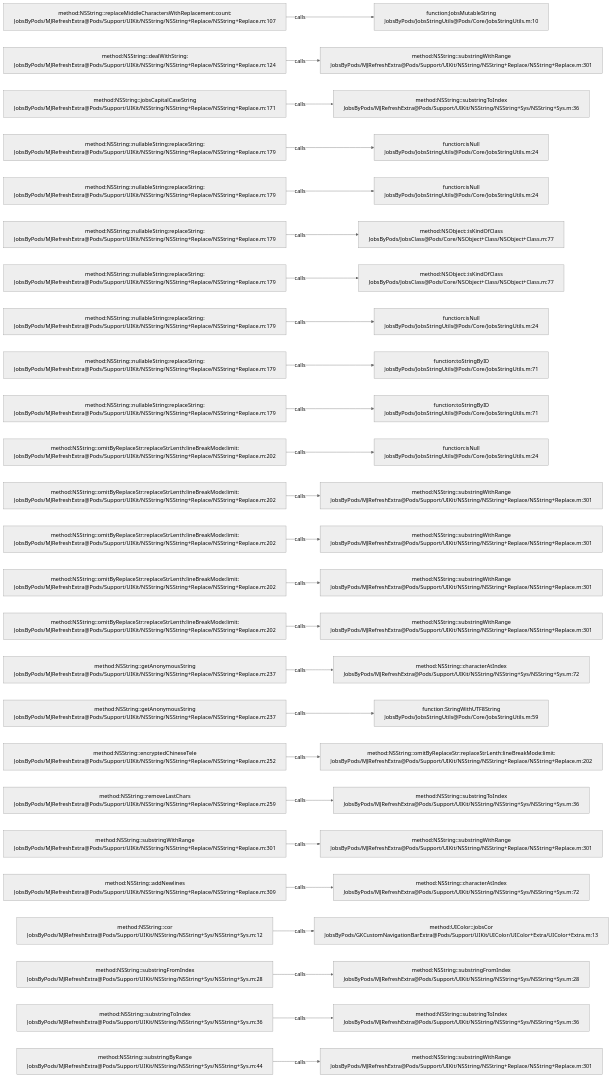
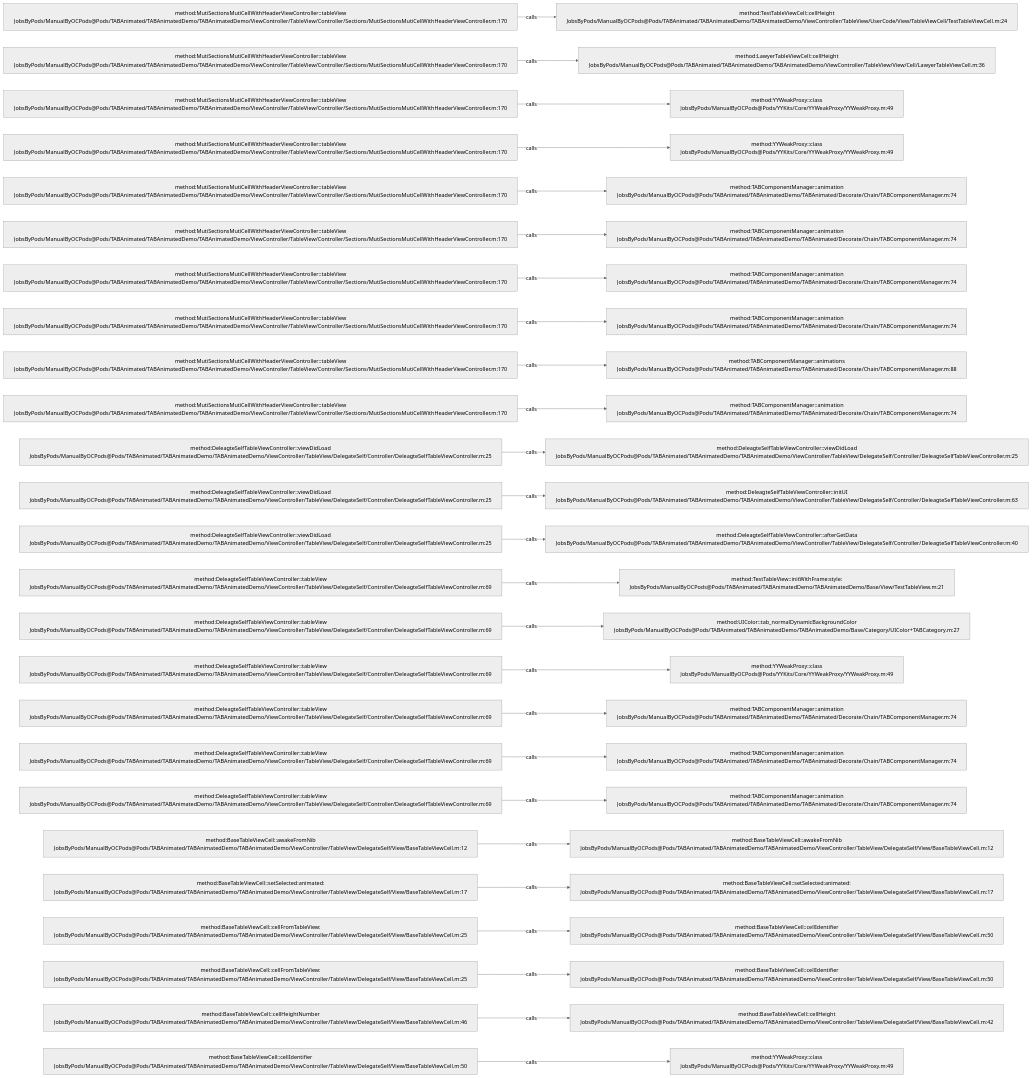
Before and after one commit to JobsKits/JobsOCBaseConfigDemo: the diagram in .codegraph/codegraph.md/graphs/calls-169.md, drawn with Mermaid (neutral theme). The commit also changed 573 other files, not shown here.

````diff
--- a/.codegraph/codegraph.md/graphs/calls-169.md
+++ b/.codegraph/codegraph.md/graphs/calls-169.md
@@ -13,78 +13,78 @@
 ```mermaid
 flowchart LR
-  S1["method:NSString::replaceMiddleCharactersWithReplacement:count:<br/>JobsByPods/MJRefreshExtra@Pods/Support/UIKit/NSString/NSString+Replace/NSString+Replace.m:107"]
-  T1["function:JobsMutableString<br/>JobsByPods/JobsStringUtils@Pods/Core/JobsStringUtils.m:10"]
+  S1["method:MutiSectionsMutiCellWithHeaderViewController::tableView<br/>JobsByPods/ManualByOCPods@Pods/TABAnimated/TABAnimatedDemo/TABAnimatedDemo/ViewController/TableView/Controller/Sections/MutiSectionsMutiCellWithHeaderViewController.m:170"]
+  T1["method:TestTableViewCell::cellHeight<br/>JobsByPods/ManualByOCPods@Pods/TABAnimated/TABAnimatedDemo/TABAnimatedDemo/ViewController/TableView/UserCode/View/TableViewCell/TestTableViewCell.m:24"]
   S1 -->|calls| T1
-  S2["method:NSString::dealWithString:<br/>JobsByPods/MJRefreshExtra@Pods/Support/UIKit/NSString/NSString+Replace/NSString+Replace.m:124"]
-  T2["method:NSString::substringWithRange<br/>JobsByPods/MJRefreshExtra@Pods/Support/UIKit/NSString/NSString+Replace/NSString+Replace.m:301"]
+  S2["method:MutiSectionsMutiCellWithHeaderViewController::tableView<br/>JobsByPods/ManualByOCPods@Pods/TABAnimated/TABAnimatedDemo/TABAnimatedDemo/ViewController/TableView/Controller/Sections/MutiSectionsMutiCellWithHeaderViewController.m:170"]
+  T2["method:LawyerTableViewCell::cellHeight<br/>JobsByPods/ManualByOCPods@Pods/TABAnimated/TABAnimatedDemo/TABAnimatedDemo/ViewController/TableView/View/Cell/LawyerTableViewCell.m:36"]
   S2 -->|calls| T2
-  S3["method:NSString::jobsCapitalCaseString<br/>JobsByPods/MJRefreshExtra@Pods/Support/UIKit/NSString/NSString+Replace/NSString+Replace.m:171"]
-  T3["method:NSString::substringToIndex<br/>JobsByPods/MJRefreshExtra@Pods/Support/UIKit/NSString/NSString+Sys/NSString+Sys.m:36"]
+  S3["method:MutiSectionsMutiCellWithHeaderViewController::tableView<br/>JobsByPods/ManualByOCPods@Pods/TABAnimated/TABAnimatedDemo/TABAnimatedDemo/ViewController/TableView/Controller/Sections/MutiSectionsMutiCellWithHeaderViewController.m:170"]
+  T3["method:YYWeakProxy::class<br/>JobsByPods/ManualByOCPods@Pods/YYKits/Core/YYWeakProxy/YYWeakProxy.m:49"]
   S3 -->|calls| T3
-  S4["method:NSString::nullableString:replaceString:<br/>JobsByPods/MJRefreshExtra@Pods/Support/UIKit/NSString/NSString+Replace/NSString+Replace.m:179"]
-  T4["function:isNull<br/>JobsByPods/JobsStringUtils@Pods/Core/JobsStringUtils.m:24"]
+  S4["method:MutiSectionsMutiCellWithHeaderViewController::tableView<br/>JobsByPods/ManualByOCPods@Pods/TABAnimated/TABAnimatedDemo/TABAnimatedDemo/ViewController/TableView/Controller/Sections/MutiSectionsMutiCellWithHeaderViewController.m:170"]
+  T4["method:YYWeakProxy::class<br/>JobsByPods/ManualByOCPods@Pods/YYKits/Core/YYWeakProxy/YYWeakProxy.m:49"]
   S4 -->|calls| T4
-  S5["method:NSString::nullableString:replaceString:<br/>JobsByPods/MJRefreshExtra@Pods/Support/UIKit/NSString/NSString+Replace/NSString+Replace.m:179"]
-  T5["function:isNull<br/>JobsByPods/JobsStringUtils@Pods/Core/JobsStringUtils.m:24"]
+  S5["method:MutiSectionsMutiCellWithHeaderViewController::tableView<br/>JobsByPods/ManualByOCPods@Pods/TABAnimated/TABAnimatedDemo/TABAnimatedDemo/ViewController/TableView/Controller/Sections/MutiSectionsMutiCellWithHeaderViewController.m:170"]
+  T5["method:TABComponentManager::animation<br/>JobsByPods/ManualByOCPods@Pods/TABAnimated/TABAnimatedDemo/TABAnimated/Decorate/Chain/TABComponentManager.m:74"]
   S5 -->|calls| T5
-  S6["method:NSString::nullableString:replaceString:<br/>JobsByPods/MJRefreshExtra@Pods/Support/UIKit/NSString/NSString+Replace/NSString+Replace.m:179"]
-  T6["method:NSObject::isKindOfClass<br/>JobsByPods/JobsClass@Pods/Core/NSObject+Class/NSObject+Class.m:77"]
+  S6["method:MutiSectionsMutiCellWithHeaderViewController::tableView<br/>JobsByPods/ManualByOCPods@Pods/TABAnimated/TABAnimatedDemo/TABAnimatedDemo/ViewController/TableView/Controller/Sections/MutiSectionsMutiCellWithHeaderViewController.m:170"]
+  T6["method:TABComponentManager::animation<br/>JobsByPods/ManualByOCPods@Pods/TABAnimated/TABAnimatedDemo/TABAnimated/Decorate/Chain/TABComponentManager.m:74"]
   S6 -->|calls| T6
-  S7["method:NSString::nullableString:replaceString:<br/>JobsByPods/MJRefreshExtra@Pods/Support/UIKit/NSString/NSString+Replace/NSString+Replace.m:179"]
-  T7["method:NSObject::isKindOfClass<br/>JobsByPods/JobsClass@Pods/Core/NSObject+Class/NSObject+Class.m:77"]
+  S7["method:MutiSectionsMutiCellWithHeaderViewController::tableView<br/>JobsByPods/ManualByOCPods@Pods/TABAnimated/TABAnimatedDemo/TABAnimatedDemo/ViewController/TableView/Controller/Sections/MutiSectionsMutiCellWithHeaderViewController.m:170"]
+  T7["method:TABComponentManager::animation<br/>JobsByPods/ManualByOCPods@Pods/TABAnimated/TABAnimatedDemo/TABAnimated/Decorate/Chain/TABComponentManager.m:74"]
   S7 -->|calls| T7
-  S8["method:NSString::nullableString:replaceString:<br/>JobsByPods/MJRefreshExtra@Pods/Support/UIKit/NSString/NSString+Replace/NSString+Replace.m:179"]
-  T8["function:isNull<br/>JobsByPods/JobsStringUtils@Pods/Core/JobsStringUtils.m:24"]
+  S8["method:MutiSectionsMutiCellWithHeaderViewController::tableView<br/>JobsByPods/ManualByOCPods@Pods/TABAnimated/TABAnimatedDemo/TABAnimatedDemo/ViewController/TableView/Controller/Sections/MutiSectionsMutiCellWithHeaderViewController.m:170"]
+  T8["method:TABComponentManager::animation<br/>JobsByPods/ManualByOCPods@Pods/TABAnimated/TABAnimatedDemo/TABAnimated/Decorate/Chain/TABComponentManager.m:74"]
   S8 -->|calls| T8
-  S9["method:NSString::nullableString:replaceString:<br/>JobsByPods/MJRefreshExtra@Pods/Support/UIKit/NSString/NSString+Replace/NSString+Replace.m:179"]
-  T9["function:toStringByID<br/>JobsByPods/JobsStringUtils@Pods/Core/JobsStringUtils.m:71"]
+  S9["method:MutiSectionsMutiCellWithHeaderViewController::tableView<br/>JobsByPods/ManualByOCPods@Pods/TABAnimated/TABAnimatedDemo/TABAnimatedDemo/ViewController/TableView/Controller/Sections/MutiSectionsMutiCellWithHeaderViewController.m:170"]
+  T9["method:TABComponentManager::animations<br/>JobsByPods/ManualByOCPods@Pods/TABAnimated/TABAnimatedDemo/TABAnimated/Decorate/Chain/TABComponentManager.m:88"]
   S9 -->|calls| T9
-  S10["method:NSString::nullableString:replaceString:<br/>JobsByPods/MJRefreshExtra@Pods/Support/UIKit/NSString/NSString+Replace/NSString+Replace.m:179"]
-  T10["function:toStringByID<br/>JobsByPods/JobsStringUtils@Pods/Core/JobsStringUtils.m:71"]
+  S10["method:MutiSectionsMutiCellWithHeaderViewController::tableView<br/>JobsByPods/ManualByOCPods@Pods/TABAnimated/TABAnimatedDemo/TABAnimatedDemo/ViewController/TableView/Controller/Sections/MutiSectionsMutiCellWithHeaderViewController.m:170"]
+  T10["method:TABComponentManager::animation<br/>JobsByPods/ManualByOCPods@Pods/TABAnimated/TABAnimatedDemo/TABAnimated/Decorate/Chain/TABComponentManager.m:74"]
   S10 -->|calls| T10
-  S11["method:NSString::omitByReplaceStr:replaceStrLenth:lineBreakMode:limit:<br/>JobsByPods/MJRefreshExtra@Pods/Support/UIKit/NSString/NSString+Replace/NSString+Replace.m:202"]
-  T11["function:isNull<br/>JobsByPods/JobsStringUtils@Pods/Core/JobsStringUtils.m:24"]
+  S11["method:DeleagteSelfTableViewController::viewDidLoad<br/>JobsByPods/ManualByOCPods@Pods/TABAnimated/TABAnimatedDemo/TABAnimatedDemo/ViewController/TableView/DelegateSelf/Controller/DeleagteSelfTableViewController.m:25"]
+  T11["method:DeleagteSelfTableViewController::viewDidLoad<br/>JobsByPods/ManualByOCPods@Pods/TABAnimated/TABAnimatedDemo/TABAnimatedDemo/ViewController/TableView/DelegateSelf/Controller/DeleagteSelfTableViewController.m:25"]
   S11 -->|calls| T11
-  S12["method:NSString::omitByReplaceStr:replaceStrLenth:lineBreakMode:limit:<br/>JobsByPods/MJRefreshExtra@Pods/Support/UIKit/NSString/NSString+Replace/NSString+Replace.m:202"]
-  T12["method:NSString::substringWithRange<br/>JobsByPods/MJRefreshExtra@Pods/Support/UIKit/NSString/NSString+Replace/NSString+Replace.m:301"]
+  S12["method:DeleagteSelfTableViewController::viewDidLoad<br/>JobsByPods/ManualByOCPods@Pods/TABAnimated/TABAnimatedDemo/TABAnimatedDemo/ViewController/TableView/DelegateSelf/Controller/DeleagteSelfTableViewController.m:25"]
+  T12["method:DeleagteSelfTableViewController::initUI<br/>JobsByPods/ManualByOCPods@Pods/TABAnimated/TABAnimatedDemo/TABAnimatedDemo/ViewController/TableView/DelegateSelf/Controller/DeleagteSelfTableViewController.m:63"]
   S12 -->|calls| T12
-  S13["method:NSString::omitByReplaceStr:replaceStrLenth:lineBreakMode:limit:<br/>JobsByPods/MJRefreshExtra@Pods/Support/UIKit/NSString/NSString+Replace/NSString+Replace.m:202"]
-  T13["method:NSString::substringWithRange<br/>JobsByPods/MJRefreshExtra@Pods/Support/UIKit/NSString/NSString+Replace/NSString+Replace.m:301"]
+  S13["method:DeleagteSelfTableViewController::viewDidLoad<br/>JobsByPods/ManualByOCPods@Pods/TABAnimated/TABAnimatedDemo/TABAnimatedDemo/ViewController/TableView/DelegateSelf/Controller/DeleagteSelfTableViewController.m:25"]
+  T13["method:DeleagteSelfTableViewController::afterGetData<br/>JobsByPods/ManualByOCPods@Pods/TABAnimated/TABAnimatedDemo/TABAnimatedDemo/ViewController/TableView/DelegateSelf/Controller/DeleagteSelfTableViewController.m:40"]
   S13 -->|calls| T13
-  S14["method:NSString::omitByReplaceStr:replaceStrLenth:lineBreakMode:limit:<br/>JobsByPods/MJRefreshExtra@Pods/Support/UIKit/NSString/NSString+Replace/NSString+Replace.m:202"]
-  T14["method:NSString::substringWithRange<br/>JobsByPods/MJRefreshExtra@Pods/Support/UIKit/NSString/NSString+Replace/NSString+Replace.m:301"]
+  S14["method:DeleagteSelfTableViewController::tableView<br/>JobsByPods/ManualByOCPods@Pods/TABAnimated/TABAnimatedDemo/TABAnimatedDemo/ViewController/TableView/DelegateSelf/Controller/DeleagteSelfTableViewController.m:69"]
+  T14["method:TestTableView::initWithFrame:style:<br/>JobsByPods/ManualByOCPods@Pods/TABAnimated/TABAnimatedDemo/TABAnimatedDemo/Base/View/TestTableView.m:21"]
   S14 -->|calls| T14
-  S15["method:NSString::omitByReplaceStr:replaceStrLenth:lineBreakMode:limit:<br/>JobsByPods/MJRefreshExtra@Pods/Support/UIKit/NSString/NSString+Replace/NSString+Replace.m:202"]
-  T15["method:NSString::substringWithRange<br/>JobsByPods/MJRefreshExtra@Pods/Support/UIKit/NSString/NSString+Replace/NSString+Replace.m:301"]
+  S15["method:DeleagteSelfTableViewController::tableView<br/>JobsByPods/ManualByOCPods@Pods/TABAnimated/TABAnimatedDemo/TABAnimatedDemo/ViewController/TableView/DelegateSelf/Controller/DeleagteSelfTableViewController.m:69"]
+  T15["method:UIColor::tab_normalDynamicBackgroundColor<br/>JobsByPods/ManualByOCPods@Pods/TABAnimated/TABAnimatedDemo/TABAnimatedDemo/Base/Category/UIColor+TABCategory.m:27"]
   S15 -->|calls| T15
-  S16["method:NSString::getAnonymousString<br/>JobsByPods/MJRefreshExtra@Pods/Support/UIKit/NSString/NSString+Replace/NSString+Replace.m:237"]
-  T16["method:NSString::characterAtIndex<br/>JobsByPods/MJRefreshExtra@Pods/Support/UIKit/NSString/NSString+Sys/NSString+Sys.m:72"]
+  S16["method:DeleagteSelfTableViewController::tableView<br/>JobsByPods/ManualByOCPods@Pods/TABAnimated/TABAnimatedDemo/TABAnimatedDemo/ViewController/TableView/DelegateSelf/Controller/DeleagteSelfTableViewController.m:69"]
+  T16["method:YYWeakProxy::class<br/>JobsByPods/ManualByOCPods@Pods/YYKits/Core/YYWeakProxy/YYWeakProxy.m:49"]
   S16 -->|calls| T16
-  S17["method:NSString::getAnonymousString<br/>JobsByPods/MJRefreshExtra@Pods/Support/UIKit/NSString/NSString+Replace/NSString+Replace.m:237"]
-  T17["function:StringWithUTF8String<br/>JobsByPods/JobsStringUtils@Pods/Core/JobsStringUtils.m:59"]
+  S17["method:DeleagteSelfTableViewController::tableView<br/>JobsByPods/ManualByOCPods@Pods/TABAnimated/TABAnimatedDemo/TABAnimatedDemo/ViewController/TableView/DelegateSelf/Controller/DeleagteSelfTableViewController.m:69"]
+  T17["method:TABComponentManager::animation<br/>JobsByPods/ManualByOCPods@Pods/TABAnimated/TABAnimatedDemo/TABAnimated/Decorate/Chain/TABComponentManager.m:74"]
   S17 -->|calls| T17
-  S18["method:NSString::encryptedChineseTele<br/>JobsByPods/MJRefreshExtra@Pods/Support/UIKit/NSString/NSString+Replace/NSString+Replace.m:252"]
-  T18["method:NSString::omitByReplaceStr:replaceStrLenth:lineBreakMode:limit:<br/>JobsByPods/MJRefreshExtra@Pods/Support/UIKit/NSString/NSString+Replace/NSString+Replace.m:202"]
+  S18["method:DeleagteSelfTableViewController::tableView<br/>JobsByPods/ManualByOCPods@Pods/TABAnimated/TABAnimatedDemo/TABAnimatedDemo/ViewController/TableView/DelegateSelf/Controller/DeleagteSelfTableViewController.m:69"]
+  T18["method:TABComponentManager::animation<br/>JobsByPods/ManualByOCPods@Pods/TABAnimated/TABAnimatedDemo/TABAnimated/Decorate/Chain/TABComponentManager.m:74"]
   S18 -->|calls| T18
-  S19["method:NSString::removeLastChars<br/>JobsByPods/MJRefreshExtra@Pods/Support/UIKit/NSString/NSString+Replace/NSString+Replace.m:259"]
-  T19["method:NSString::substringToIndex<br/>JobsByPods/MJRefreshExtra@Pods/Support/UIKit/NSString/NSString+Sys/NSString+Sys.m:36"]
+  S19["method:DeleagteSelfTableViewController::tableView<br/>JobsByPods/ManualByOCPods@Pods/TABAnimated/TABAnimatedDemo/TABAnimatedDemo/ViewController/TableView/DelegateSelf/Controller/DeleagteSelfTableViewController.m:69"]
+  T19["method:TABComponentManager::animation<br/>JobsByPods/ManualByOCPods@Pods/TABAnimated/TABAnimatedDemo/TABAnimated/Decorate/Chain/TABComponentManager.m:74"]
   S19 -->|calls| T19
-  S20["method:NSString::substringWithRange<br/>JobsByPods/MJRefreshExtra@Pods/Support/UIKit/NSString/NSString+Replace/NSString+Replace.m:301"]
-  T20["method:NSString::substringWithRange<br/>JobsByPods/MJRefreshExtra@Pods/Support/UIKit/NSString/NSString+Replace/NSString+Replace.m:301"]
+  S20["method:BaseTableViewCell::awakeFromNib<br/>JobsByPods/ManualByOCPods@Pods/TABAnimated/TABAnimatedDemo/TABAnimatedDemo/ViewController/TableView/DelegateSelf/View/BaseTableViewCell.m:12"]
+  T20["method:BaseTableViewCell::awakeFromNib<br/>JobsByPods/ManualByOCPods@Pods/TABAnimated/TABAnimatedDemo/TABAnimatedDemo/ViewController/TableView/DelegateSelf/View/BaseTableViewCell.m:12"]
   S20 -->|calls| T20
-  S21["method:NSString::addNewlines<br/>JobsByPods/MJRefreshExtra@Pods/Support/UIKit/NSString/NSString+Replace/NSString+Replace.m:309"]
-  T21["method:NSString::characterAtIndex<br/>JobsByPods/MJRefreshExtra@Pods/Support/UIKit/NSString/NSString+Sys/NSString+Sys.m:72"]
+  S21["method:BaseTableViewCell::setSelected:animated:<br/>JobsByPods/ManualByOCPods@Pods/TABAnimated/TABAnimatedDemo/TABAnimatedDemo/ViewController/TableView/DelegateSelf/View/BaseTableViewCell.m:17"]
+  T21["method:BaseTableViewCell::setSelected:animated:<br/>JobsByPods/ManualByOCPods@Pods/TABAnimated/TABAnimatedDemo/TABAnimatedDemo/ViewController/TableView/DelegateSelf/View/BaseTableViewCell.m:17"]
   S21 -->|calls| T21
-  S22["method:NSString::cor<br/>JobsByPods/MJRefreshExtra@Pods/Support/UIKit/NSString/NSString+Sys/NSString+Sys.m:12"]
-  T22["method:UIColor::jobsCor<br/>JobsByPods/GKCustomNavigationBarExtra@Pods/Support/UIKit/UIColor/UIColor+Extra/UIColor+Extra.m:13"]
+  S22["method:BaseTableViewCell::cellFromTableView:<br/>JobsByPods/ManualByOCPods@Pods/TABAnimated/TABAnimatedDemo/TABAnimatedDemo/ViewController/TableView/DelegateSelf/View/BaseTableViewCell.m:25"]
+  T22["method:BaseTableViewCell::cellIdentifier<br/>JobsByPods/ManualByOCPods@Pods/TABAnimated/TABAnimatedDemo/TABAnimatedDemo/ViewController/TableView/DelegateSelf/View/BaseTableViewCell.m:50"]
   S22 -->|calls| T22
-  S23["method:NSString::substringFromIndex<br/>JobsByPods/MJRefreshExtra@Pods/Support/UIKit/NSString/NSString+Sys/NSString+Sys.m:28"]
-  T23["method:NSString::substringFromIndex<br/>JobsByPods/MJRefreshExtra@Pods/Support/UIKit/NSString/NSString+Sys/NSString+Sys.m:28"]
+  S23["method:BaseTableViewCell::cellFromTableView:<br/>JobsByPods/ManualByOCPods@Pods/TABAnimated/TABAnimatedDemo/TABAnimatedDemo/ViewController/TableView/DelegateSelf/View/BaseTableViewCell.m:25"]
+  T23["method:BaseTableViewCell::cellIdentifier<br/>JobsByPods/ManualByOCPods@Pods/TABAnimated/TABAnimatedDemo/TABAnimatedDemo/ViewController/TableView/DelegateSelf/View/BaseTableViewCell.m:50"]
   S23 -->|calls| T23
-  S24["method:NSString::substringToIndex<br/>JobsByPods/MJRefreshExtra@Pods/Support/UIKit/NSString/NSString+Sys/NSString+Sys.m:36"]
-  T24["method:NSString::substringToIndex<br/>JobsByPods/MJRefreshExtra@Pods/Support/UIKit/NSString/NSString+Sys/NSString+Sys.m:36"]
+  S24["method:BaseTableViewCell::cellHeightNumber<br/>JobsByPods/ManualByOCPods@Pods/TABAnimated/TABAnimatedDemo/TABAnimatedDemo/ViewController/TableView/DelegateSelf/View/BaseTableViewCell.m:46"]
+  T24["method:BaseTableViewCell::cellHeight<br/>JobsByPods/ManualByOCPods@Pods/TABAnimated/TABAnimatedDemo/TABAnimatedDemo/ViewController/TableView/DelegateSelf/View/BaseTableViewCell.m:42"]
   S24 -->|calls| T24
-  S25["method:NSString::substringByRange<br/>JobsByPods/MJRefreshExtra@Pods/Support/UIKit/NSString/NSString+Sys/NSString+Sys.m:44"]
-  T25["method:NSString::substringWithRange<br/>JobsByPods/MJRefreshExtra@Pods/Support/UIKit/NSString/NSString+Replace/NSString+Replace.m:301"]
+  S25["method:BaseTableViewCell::cellIdentifier<br/>JobsByPods/ManualByOCPods@Pods/TABAnimated/TABAnimatedDemo/TABAnimatedDemo/ViewController/TableView/DelegateSelf/View/BaseTableViewCell.m:50"]
+  T25["method:YYWeakProxy::class<br/>JobsByPods/ManualByOCPods@Pods/YYKits/Core/YYWeakProxy/YYWeakProxy.m:49"]
   S25 -->|calls| T25
 ```
````
